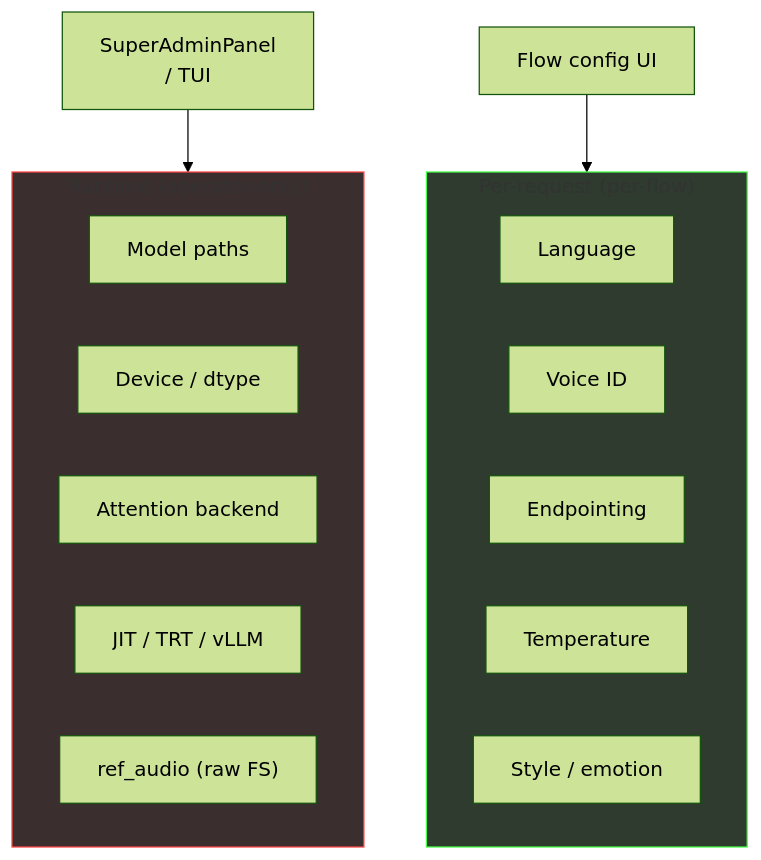
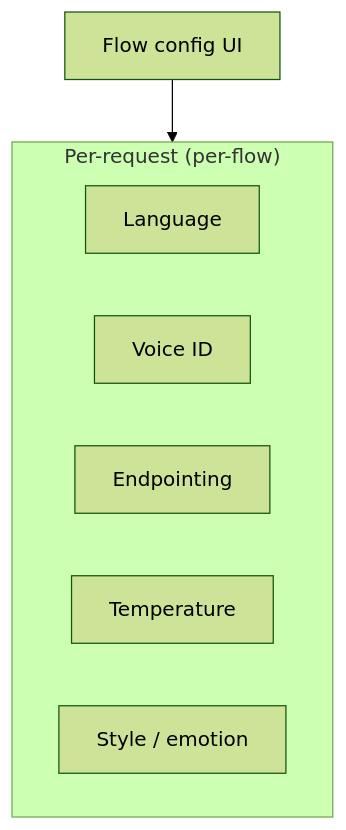
Before and after one commit to Aico-Systems/docs: the second of 3 diagrams in platform/providers.mdx, drawn with Mermaid (forest theme). The commit also changed other lines of this file and 9 other files, not shown here.

````diff
--- a/platform/providers.mdx
+++ b/platform/providers.mdx
@@ -100,26 +77,12 @@
 ```mermaid
 flowchart TB
-    subgraph RT["Runtime (operator-only)"]
-        direction LR
-        MP["Model paths"]
-        DV["Device / dtype"]
-        AB["Attention backend"]
-        JT["JIT / TRT / vLLM"]
-        RA["ref_audio (raw FS)"]
-    end
-
     subgraph PR["Per-request (per-flow)"]
         direction LR
         LG["Language"]
         VID["Voice ID"]
         EP["Endpointing"]
         TMP["Temperature"]
         ST["Style / emotion"]
     end
-
-    SAP["SuperAdminPanel<br/>/ TUI"] --> RT
     FC["Flow config UI"] --> PR
-
-    style RT fill:#3b2e2e,stroke:#f44
-    style PR fill:#2e3b2e,stroke:#4f4
 ```
````
